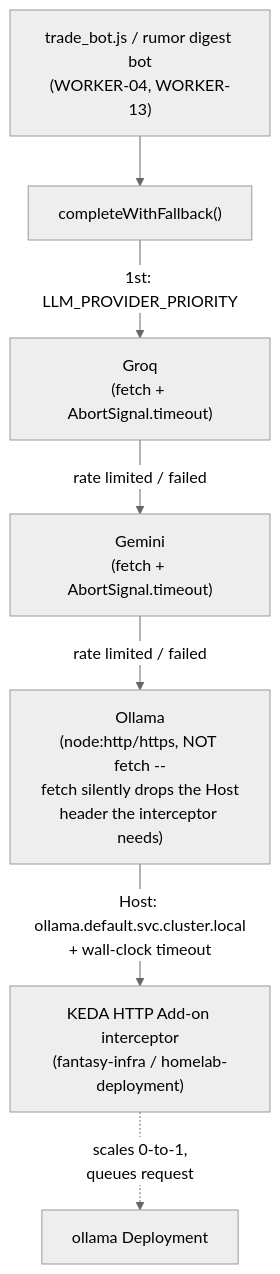
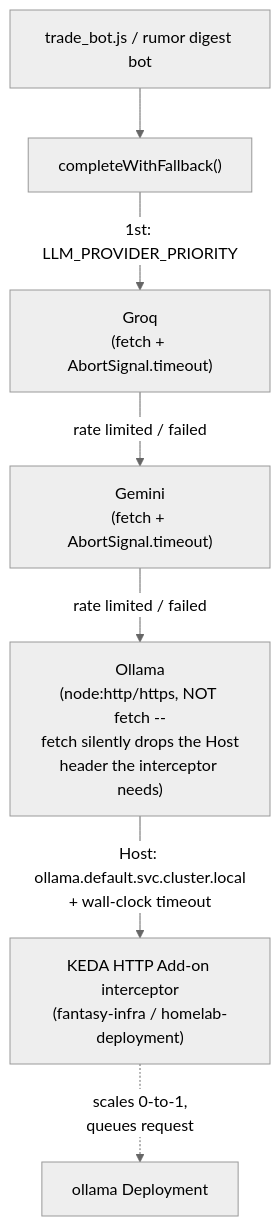
The second of 2 diagrams in README.md (cvillarr23/fantasy-browser-worker), drawn with Mermaid (neutral theme) before and after one commit. The commit also changed other lines of this file and 2 other files, not shown here.

First line of the commit message:
Add weekly outgoing trade scan runner and safe manual check (#131)

````diff
--- a/README.md
+++ b/README.md
@@ -41,11 +41,11 @@
 ```mermaid
 flowchart TD
-    caller["trade_bot.js / rumor digest bot\n(WORKER-04, WORKER-13)"] --> fallback["completeWithFallback()"]
+    caller["trade_bot.js / rumor digest bot"] --> fallback["completeWithFallback()"]
 
     fallback -->|1st: LLM_PROVIDER_PRIORITY| groq["Groq\n(fetch + AbortSignal.timeout)"]
     groq -->|rate limited / failed| gemini["Gemini\n(fetch + AbortSignal.timeout)"]
     gemini -->|rate limited / failed| ollama["Ollama\n(node:http/https, NOT fetch --\nfetch silently drops the Host\nheader the interceptor needs)"]
 
     ollama -->|"Host: ollama.default.svc.cluster.local\n+ wall-clock timeout"| interceptor["KEDA HTTP Add-on interceptor\n(fantasy-infra / homelab-deployment)"]
     interceptor -.->|"scales 0-to-1,\nqueues request"| pod["ollama Deployment"]
 ```
````
